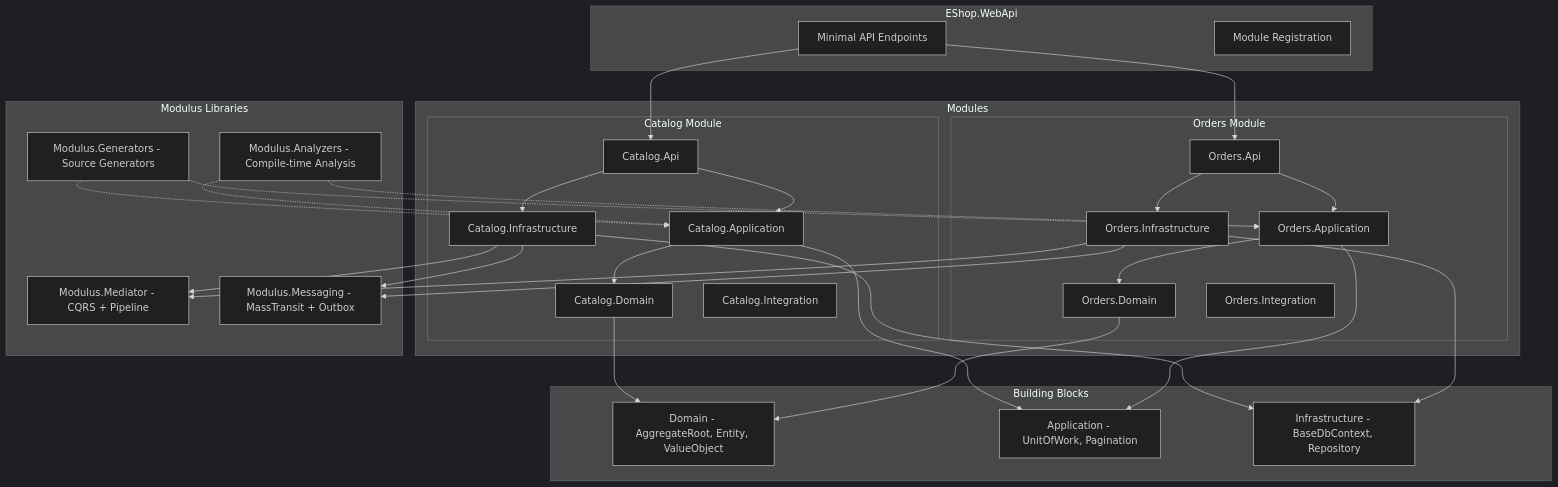
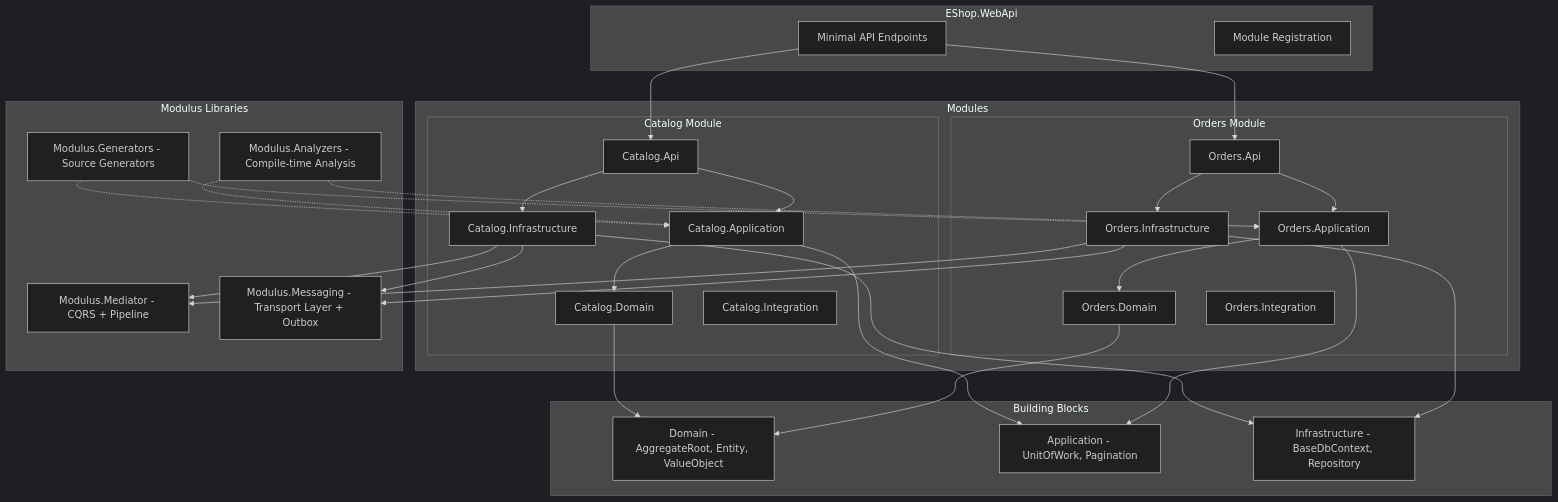
The first of 2 diagrams in docs/architecture/index.md (AdamWyatt34/Modulus), drawn with Mermaid (dark theme) before and after one commit. The commit also changed other lines of this file and 24 other files, not shown here.

First line of the commit message:
docs: sweep MassTransit references and add migration guide

````diff
--- a/docs/architecture/index.md
+++ b/docs/architecture/index.md
@@ -44,45 +44,45 @@
 ```mermaid
 graph TB
     subgraph Host["EShop.WebApi"]
         API[Minimal API Endpoints]
         REG[Module Registration]
     end
     subgraph Modules
         subgraph Catalog["Catalog Module"]
             CA[Catalog.Api]
             CAP[Catalog.Application]
             CD[Catalog.Domain]
             CI[Catalog.Infrastructure]
             CINT[Catalog.Integration]
         end
         subgraph Orders["Orders Module"]
             OA[Orders.Api]
             OAP[Orders.Application]
             OD[Orders.Domain]
             OI[Orders.Infrastructure]
             OINT[Orders.Integration]
         end
     end
     subgraph BuildingBlocks["Building Blocks"]
         BB_D[Domain - AggregateRoot, Entity, ValueObject]
         BB_A[Application - UnitOfWork, Pagination]
         BB_I[Infrastructure - BaseDbContext, Repository]
     end
     subgraph Libraries["Modulus Libraries"]
         MED[Modulus.Mediator - CQRS + Pipeline]
-        MSG[Modulus.Messaging - MassTransit + Outbox]
+        MSG[Modulus.Messaging - Transport Layer + Outbox]
         GEN[Modulus.Generators - Source Generators]
         ANZ[Modulus.Analyzers - Compile-time Analysis]
     end
     API --> CA & OA
     CA --> CAP --> CD
     CA --> CI
     OA --> OAP --> OD
     OA --> OI
     CI & OI --> MED & MSG
     CD & OD --> BB_D
     CAP & OAP --> BB_A
     CI & OI --> BB_I
     GEN -.-> CAP & OAP
     ANZ -.-> CAP & OAP
 ```
````
